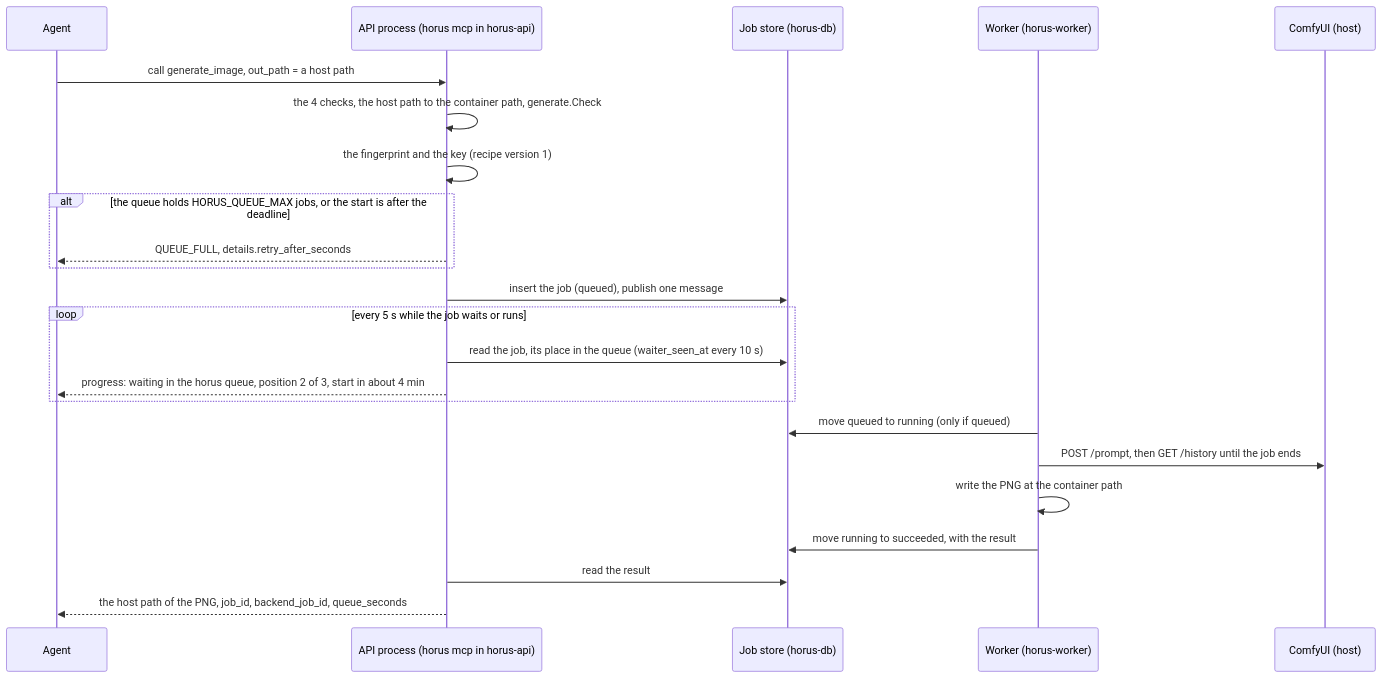
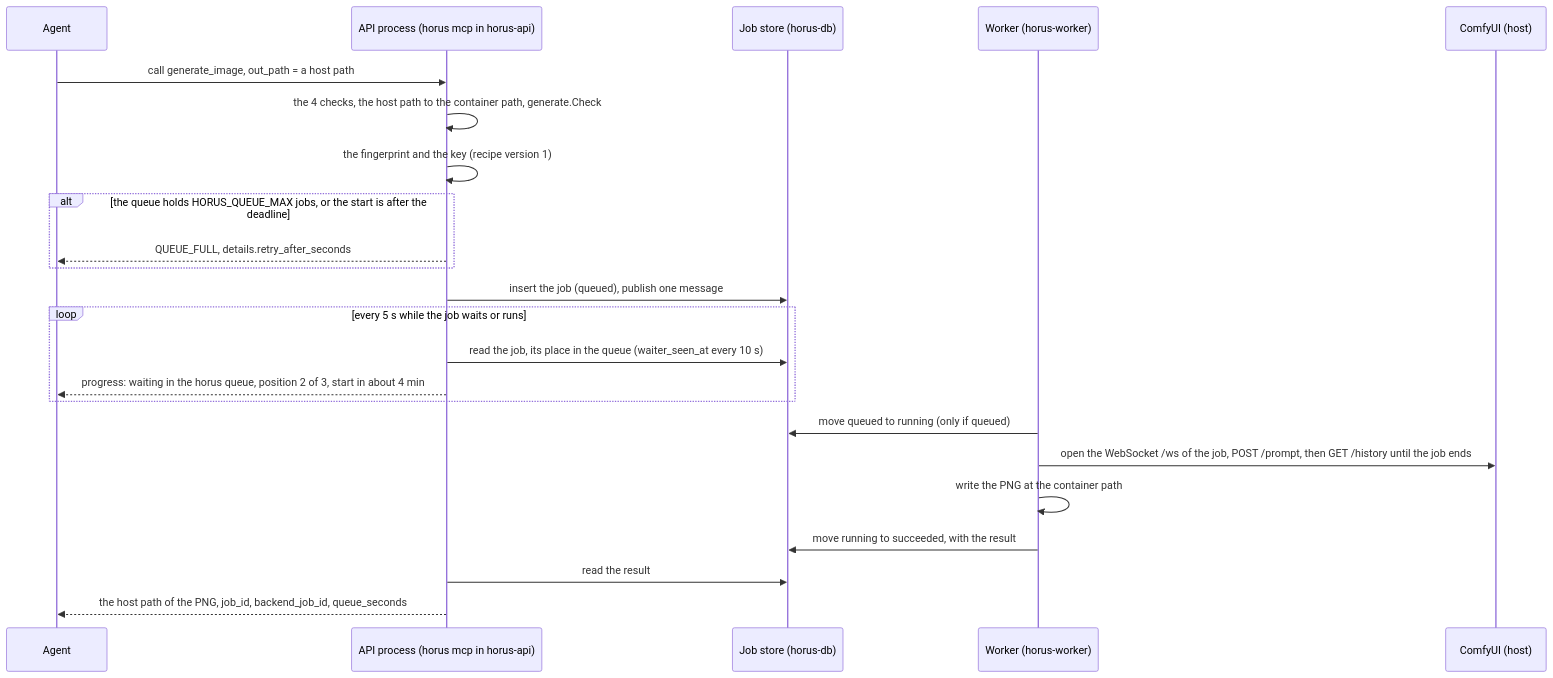
The ninth of 10 diagrams in docs/mcp.md (hieplam/horus), drawn with Mermaid before and after one commit. The commit also changed other lines of this file and 20 other files, not shown here.

````diff
--- a/docs/mcp.md
+++ b/docs/mcp.md
@@ -718,25 +738,25 @@
 ```mermaid
 sequenceDiagram
   participant A as Agent
   participant P as API process (horus mcp in horus-api)
   participant S as Job store (horus-db)
   participant W as Worker (horus-worker)
   participant C as ComfyUI (host)
   A->>P: call generate_image, out_path = a host path
   P->>P: the 4 checks, the host path to the container path, generate.Check
   P->>P: the fingerprint and the key (recipe version 1)
   alt the queue holds HORUS_QUEUE_MAX jobs, or the start is after the deadline
     P-->>A: QUEUE_FULL, details.retry_after_seconds
   end
   P->>S: insert the job (queued), publish one message
   loop every 5 s while the job waits or runs
     P->>S: read the job, its place in the queue (waiter_seen_at every 10 s)
     P-->>A: progress: waiting in the horus queue, position 2 of 3, start in about 4 min
   end
   W->>S: move queued to running (only if queued)
-  W->>C: POST /prompt, then GET /history until the job ends
+  W->>C: open the WebSocket /ws of the job, POST /prompt, then GET /history until the job ends
   W->>W: write the PNG at the container path
   W->>S: move running to succeeded, with the result
   P->>S: read the result
   P-->>A: the host path of the PNG, job_id, backend_job_id, queue_seconds
 ```
````
